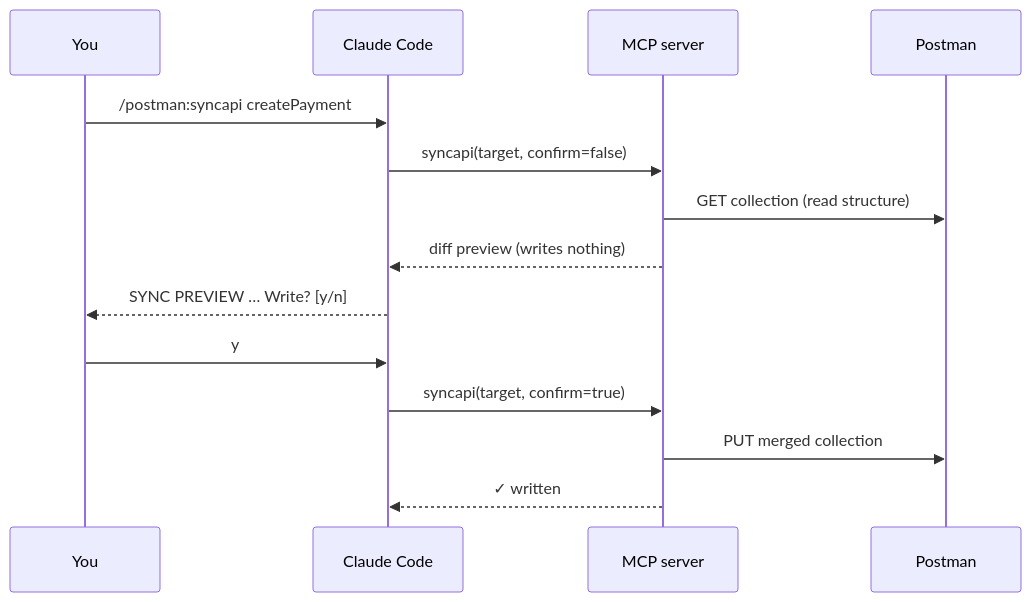
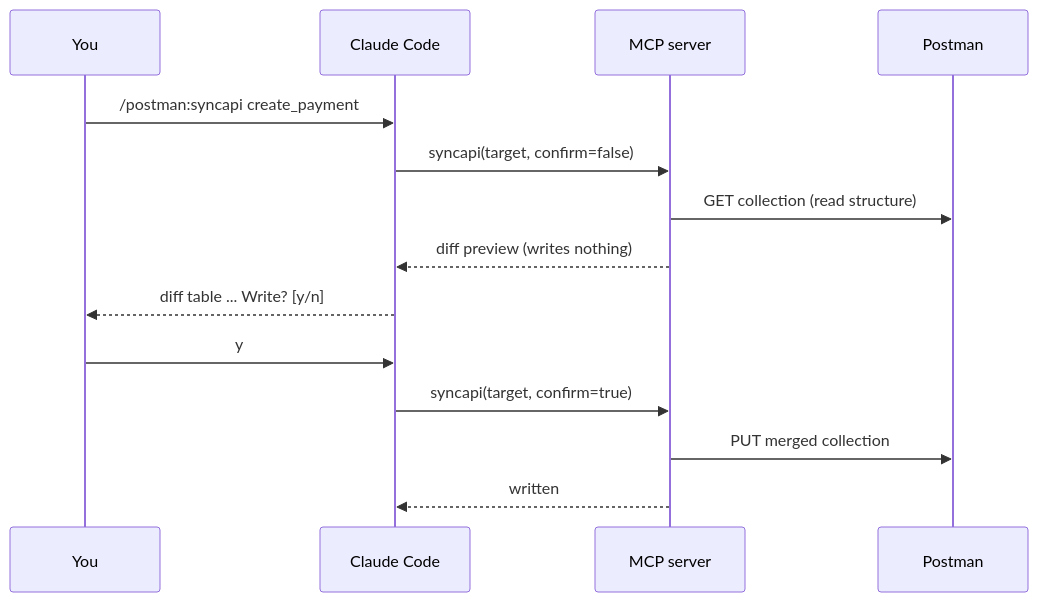
One commit to logesh-works/postman-mcp changed the diagram in docs/commands/index.md. Above: the diagram before and after it, drawn with Mermaid. The commit also changed other lines of this file and 91 other files, not shown here.

````diff
--- a/docs/commands/index.md
+++ b/docs/commands/index.md
@@ -22,16 +22,16 @@
 ```mermaid
 sequenceDiagram
     participant You
     participant CC as Claude Code
     participant S as MCP server
     participant P as Postman
-    You->>CC: /postman:syncapi createPayment
+    You->>CC: /postman:syncapi create_payment
     CC->>S: syncapi(target, confirm=false)
     S->>P: GET collection (read structure)
     S-->>CC: diff preview (writes nothing)
-    CC-->>You: SYNC PREVIEW … Write? [y/n]
+    CC-->>You: diff table ... Write? [y/n]
     You->>CC: y
     CC->>S: syncapi(target, confirm=true)
     S->>P: PUT merged collection
-    S-->>CC: ✓ written
+    S-->>CC: written
 ```
````
